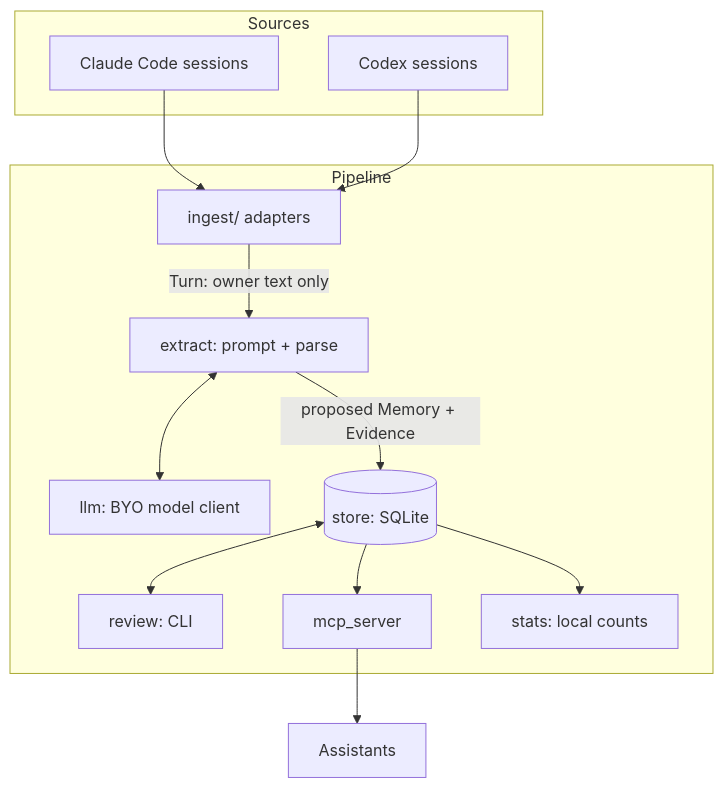
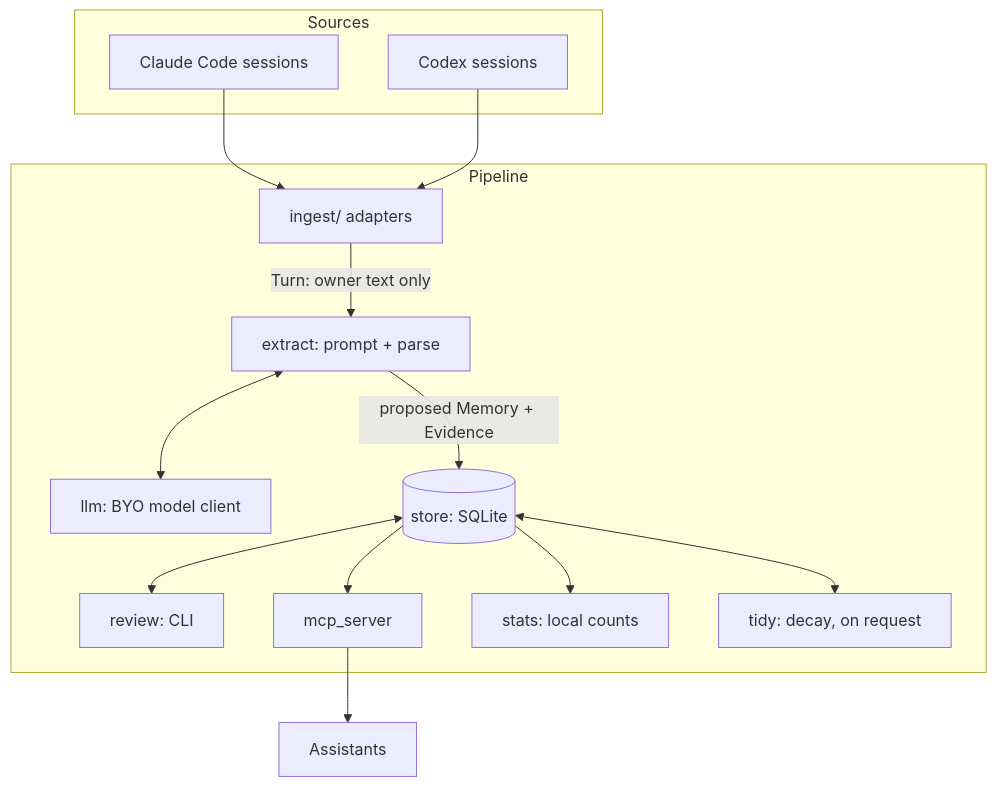
One commit to Yanir-R/personaKit changed the diagram in docs/ARCHITECTURE.md. Above: the diagram before and after it, drawn with Mermaid. The commit also changed other lines of this file and 16 other files, not shown here.

First line of the commit message:
Decay: archive stale unconfirmed memories on request, reversibly

````diff
--- a/docs/ARCHITECTURE.md
+++ b/docs/ARCHITECTURE.md
@@ -6,25 +6,27 @@
 ```mermaid
 flowchart TB
   subgraph Sources
     CC[Claude Code sessions]
     CX[Codex sessions]
   end
   subgraph Pipeline
     IN[ingest/ adapters]
     EX[extract: prompt + parse]
     LLM[llm: BYO model client]
     ST[(store: SQLite)]
     RV[review: CLI]
     MCP[mcp_server]
     SS[stats: local counts]
+    TD[tidy: decay, on request]
   end
   CC --> IN
   CX --> IN
   IN -->|Turn: owner text only| EX
   EX <--> LLM
   EX -->|proposed Memory + Evidence| ST
   ST <--> RV
   ST --> MCP
   ST --> SS
+  ST <--> TD
   MCP --> AS[Assistants]
 ```
````
